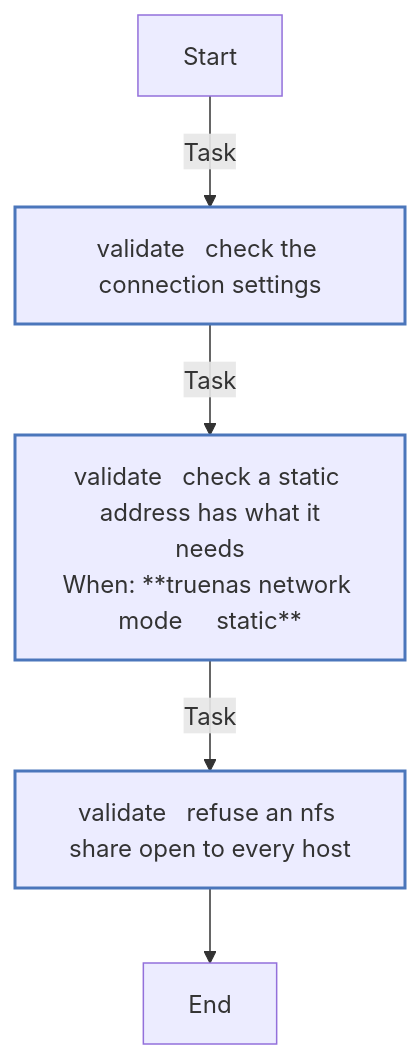
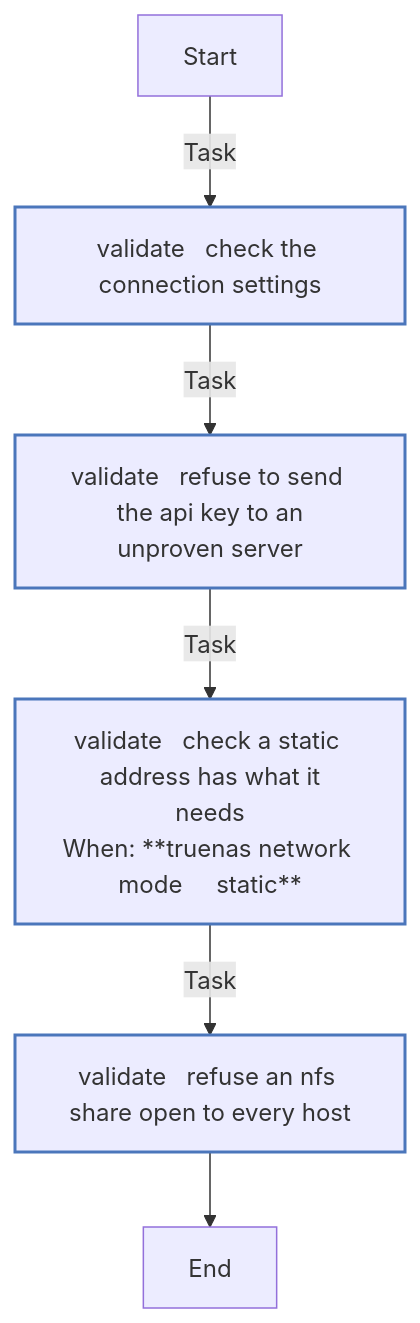
One commit to kawadeomkar/homeserver changed diagram 11 of 11 in roles/truenas/REFERENCE.md. Above: the diagram before and after it, drawn with Mermaid. The commit also changed other lines of this file and 13 other files, not shown here.

First line of the commit message:
fix: refuse to send the TrueNAS API key unpinned, and keep a user's own vault

````diff
--- a/roles/truenas/REFERENCE.md
+++ b/roles/truenas/REFERENCE.md
@@ -832,17 +833,18 @@
 ```mermaid
 flowchart TD
 Start
 classDef block stroke:#3498db,stroke-width:2px;
 classDef task stroke:#4b76bb,stroke-width:2px;
 classDef includeTasks stroke:#16a085,stroke-width:2px;
 classDef importTasks stroke:#34495e,stroke-width:2px;
 classDef includeRole stroke:#2980b9,stroke-width:2px;
 classDef importRole stroke:#699ba7,stroke-width:2px;
 classDef includeVars stroke:#8e44ad,stroke-width:2px;
 classDef rescue stroke:#665352,stroke-width:2px;
 
   Start-->|Task| validate___Check_the_connection_settings0[validate   check the connection settings]:::task
-  validate___Check_the_connection_settings0-->|Task| validate___Check_a_static_address_has_what_it_needs1[validate   check a static address has what it<br>needs<br>When: **truenas network mode     static**]:::task
-  validate___Check_a_static_address_has_what_it_needs1-->|Task| validate___Refuse_an_NFS_share_open_to_every_host2[validate   refuse an nfs share open to every host]:::task
-  validate___Refuse_an_NFS_share_open_to_every_host2-->End
+  validate___Check_the_connection_settings0-->|Task| validate___Refuse_to_send_the_API_key_to_an_unproven_server1[validate   refuse to send the api key to an<br>unproven server]:::task
+  validate___Refuse_to_send_the_API_key_to_an_unproven_server1-->|Task| validate___Check_a_static_address_has_what_it_needs2[validate   check a static address has what it<br>needs<br>When: **truenas network mode     static**]:::task
+  validate___Check_a_static_address_has_what_it_needs2-->|Task| validate___Refuse_an_NFS_share_open_to_every_host3[validate   refuse an nfs share open to every host]:::task
+  validate___Refuse_an_NFS_share_open_to_every_host3-->End
 ```
````
